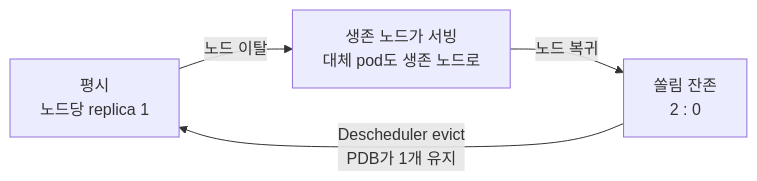
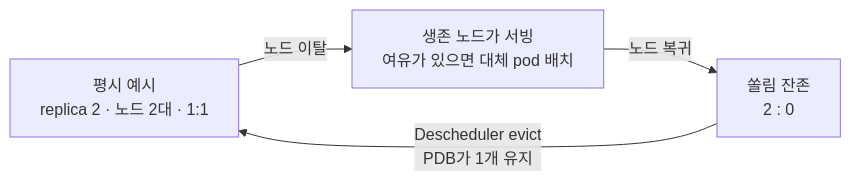
The diagram in docs/eks-workload-availability.md (b100to/platform-lab), drawn with Mermaid before and after one commit. The commit also changed other lines of this file and 18 other files, not shown here.

````diff
--- a/docs/eks-workload-availability.md
+++ b/docs/eks-workload-availability.md
@@ -46,6 +46,6 @@
 ```mermaid
 flowchart LR
-  N[평시<br/>노드당 replica 1] -->|노드 이탈| D[생존 노드가 서빙<br/>대체 pod도 생존 노드로]
+  N[평시 예시<br/>replica 2 · 노드 2대 · 1:1] -->|노드 이탈| D[생존 노드가 서빙<br/>여유가 있으면 대체 pod 배치]
   D -->|노드 복귀| S[쏠림 잔존<br/>2 : 0]
   S -->|Descheduler evict<br/>PDB가 1개 유지| N
 ```
````
